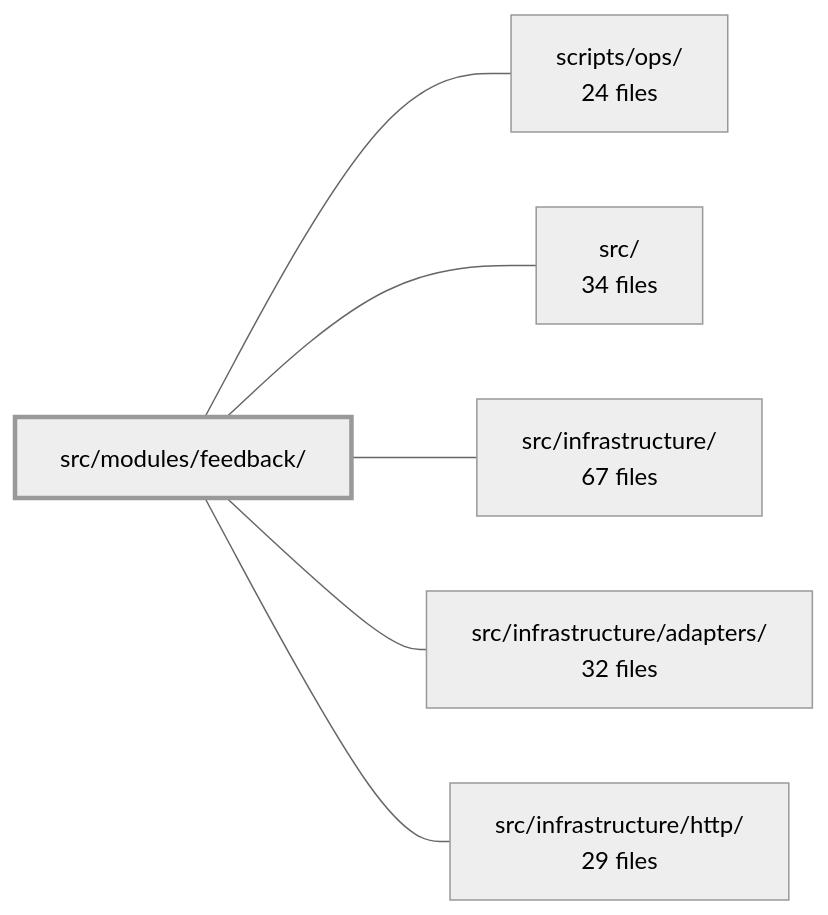
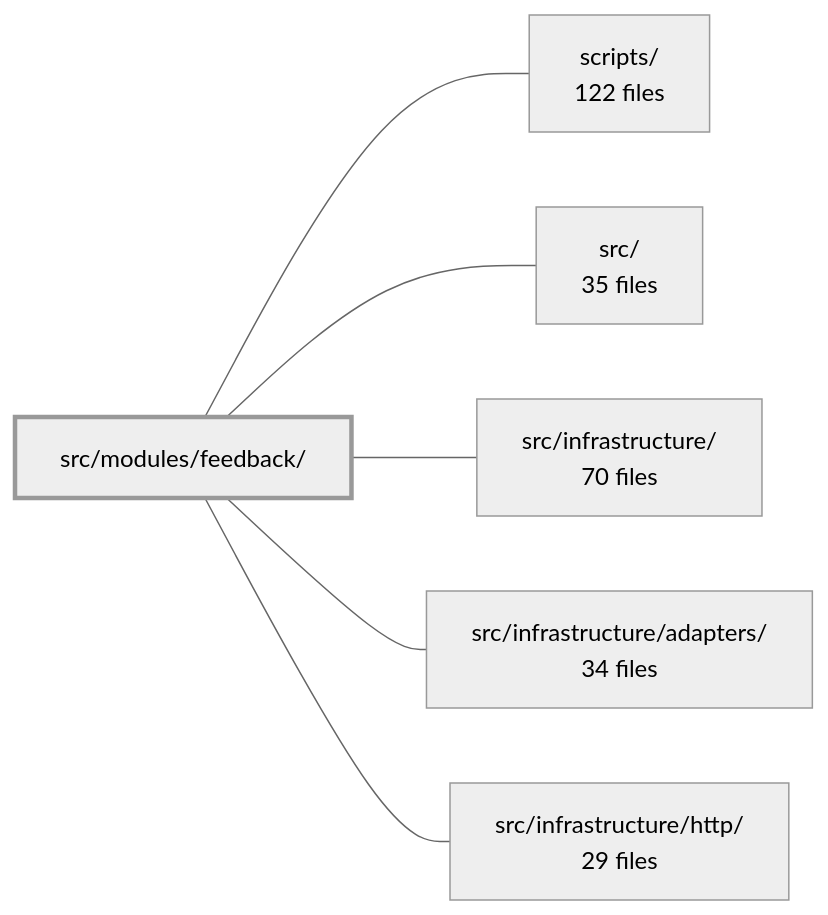
One commit to Guebbit/boilerplate-node-backend changed the diagram in .2brain/modules/boilerplate-node-backend_src_modules_feedback.md. Above: the diagram before and after it, drawn with Mermaid (neutral theme). The commit also changed other lines of this file and 627 other files, not shown here.

````diff
--- a/.2brain/modules/boilerplate-node-backend_src_modules_feedback.md
+++ b/.2brain/modules/boilerplate-node-backend_src_modules_feedback.md
@@ -40,15 +40,15 @@
 ```mermaid
 flowchart LR
     m_src_modules_feedback["src/modules/feedback/"]
-    m_scripts_ops["scripts/ops/<br/>24 files"]
-    m_src["src/<br/>34 files"]
-    m_src_infrastructure["src/infrastructure/<br/>67 files"]
-    m_src_infrastructure_adapters["src/infrastructure/adapters/<br/>32 files"]
+    m_scripts["scripts/<br/>122 files"]
+    m_src["src/<br/>35 files"]
+    m_src_infrastructure["src/infrastructure/<br/>70 files"]
+    m_src_infrastructure_adapters["src/infrastructure/adapters/<br/>34 files"]
     m_src_infrastructure_http["src/infrastructure/http/<br/>29 files"]
-    m_src_modules_feedback --- m_scripts_ops
+    m_src_modules_feedback --- m_scripts
     m_src_modules_feedback --- m_src
     m_src_modules_feedback --- m_src_infrastructure
     m_src_modules_feedback --- m_src_infrastructure_adapters
     m_src_modules_feedback --- m_src_infrastructure_http
     style m_src_modules_feedback stroke-width:3px
 ```
````
